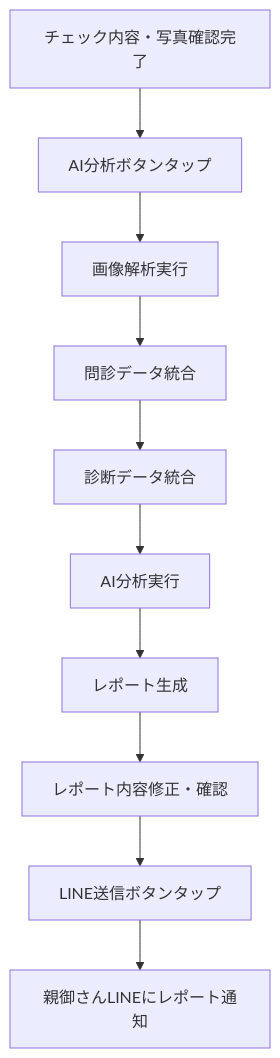
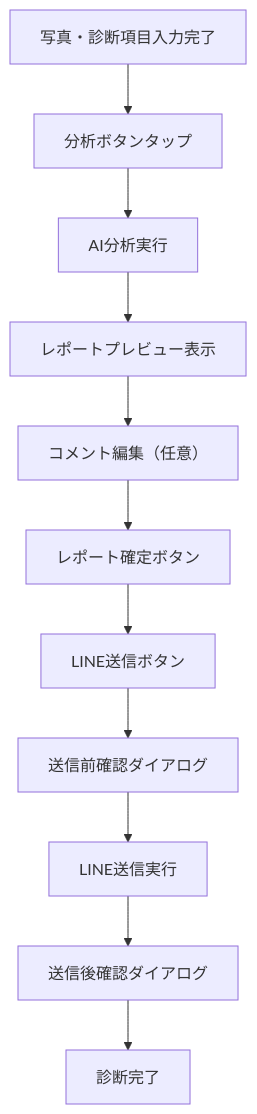
One commit to Ks-Classic/cOralup-yourTIME changed the seventh of 8 diagrams in docs/designe/03-ユーザーフロー詳細.md. Above: the diagram before and after it, drawn with Mermaid. The commit also changed other lines of this file and 80 other files, not shown here.

````diff
--- a/docs/designe/03-ユーザーフロー詳細.md
+++ b/docs/designe/03-ユーザーフロー詳細.md
@@ -480,12 +492,13 @@
 ```mermaid
 graph TD
-    A[チェック内容・写真確認完了] --> B[AI分析ボタンタップ]
-    B --> C[画像解析実行]
-    C --> D[問診データ統合]
-    D --> E[診断データ統合]
-    E --> F[AI分析実行]
-    F --> G[レポート生成]
-    G --> H[レポート内容修正・確認]
-    H --> I[LINE送信ボタンタップ]
-    I --> J[親御さんLINEにレポート通知]
+    A[写真・診断項目入力完了] --> B[分析ボタンタップ]
+    B --> C[AI分析実行]
+    C --> D[レポートプレビュー表示]
+    D --> E[コメント編集（任意）]
+    E --> F[レポート確定ボタン]
+    F --> G[LINE送信ボタン]
+    G --> H[送信前確認ダイアログ]
+    H --> I[LINE送信実行]
+    I --> J[送信後確認ダイアログ]
+    J --> K[診断完了]
 ```
````
